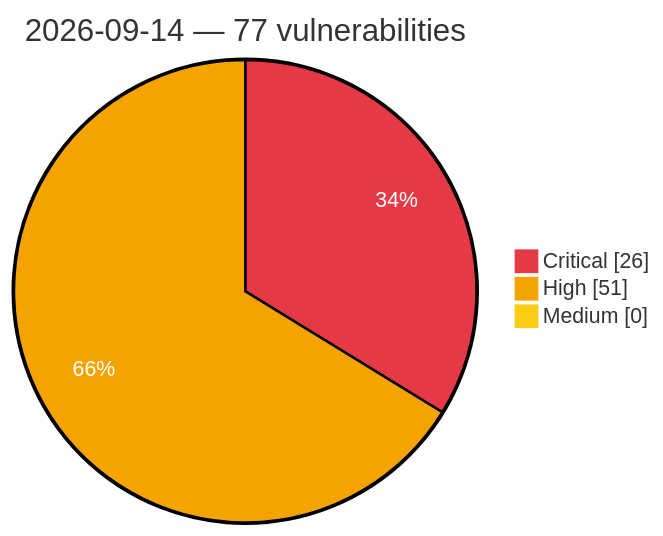
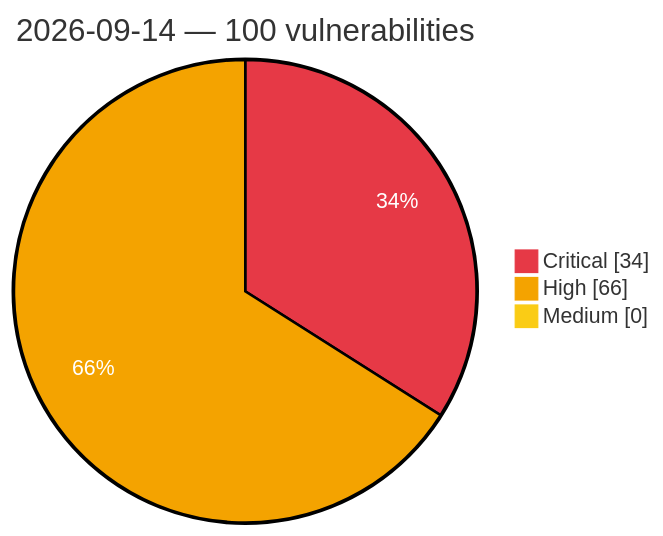
The diagram in vulnerabilities/2026/September/2026-09-14.md (GhostX0X/vuln-tracker), drawn with Mermaid before and after one commit. The commit also changed other lines of this file and 5 other files, not shown here.

Commit message:
Auto update: critical/high vulns (2026-09-14 23:31 UTC)

````diff
--- a/vulnerabilities/2026/September/2026-09-14.md
+++ b/vulnerabilities/2026/September/2026-09-14.md
@@ -3,8 +3,8 @@
 ```mermaid
 %%{init: {'theme':'base', 'themeVariables': {'pie1':'#e63946', 'pie2':'#f4a300', 'pie3':'#facc15', 'pieOpacity':'1', 'pieOuterStrokeWidth':'2px', 'pieSectionTextColor':'#ffffff'}}}%%
 pie showData
-    title 2026-09-14 — 77 vulnerabilities
-    "Critical" : 26
-    "High" : 51
+    title 2026-09-14 — 100 vulnerabilities
+    "Critical" : 34
+    "High" : 66
     "Medium" : 0
 ```
````
